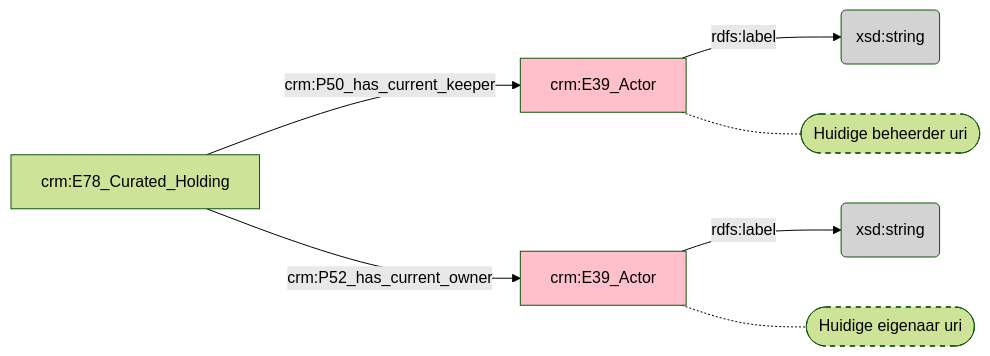
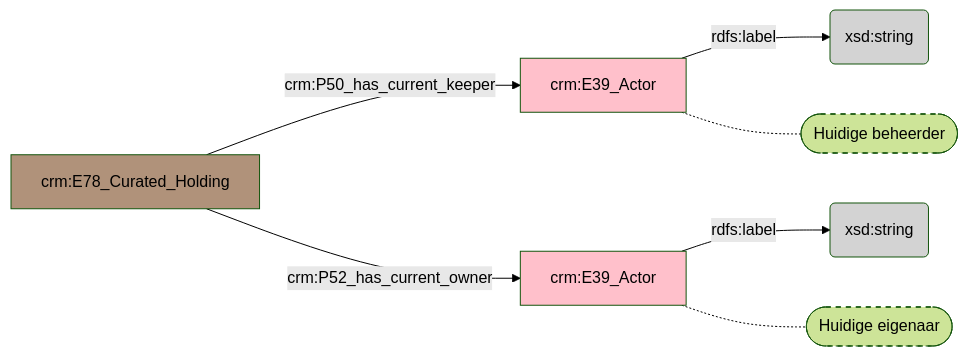
Before and after one commit to digipolisantwerpdocumentation/antwerp-cultureel-erfgoed: the diagram in docs/content/modellen/ArchivalUnit/Context.md, drawn with Mermaid (forest theme). The commit also changed 173 other files, not shown here.

````diff
--- a/docs/content/modellen/ArchivalUnit/Context.md
+++ b/docs/content/modellen/ArchivalUnit/Context.md
@@ -1,15 +1,16 @@
 ```mermaid
 graph LR
 3b2194d8-04fb-11ee-9497-96a6d2455259["crm:E39_Actor"]-->|"rdfs:label"|3b21a662-04fb-11ee-9497-96a6d2455259(xsd:string)
 3b219744-04fb-11ee-9497-96a6d2455259["crm:E39_Actor"]-->|"rdfs:label"|3b21a6e4-04fb-11ee-9497-96a6d2455259(xsd:string)
 3b21a73e-04fb-11ee-9497-96a6d2455259["crm:E78_Curated_Holding"]-->|"crm:P50_has_current_keeper"|3b2194d8-04fb-11ee-9497-96a6d2455259["crm:E39_Actor"]
 3b21a73e-04fb-11ee-9497-96a6d2455259["crm:E78_Curated_Holding"]-->|"crm:P52_has_current_owner"|3b219744-04fb-11ee-9497-96a6d2455259["crm:E39_Actor"]
-3b2194d8-04fb-11ee-9497-96a6d2455259["crm:E39_Actor"]-.-3b2194d8-04fb-11ee-9497-96a6d2455259_s(["Huidige beheerder uri"])
-3b219744-04fb-11ee-9497-96a6d2455259["crm:E39_Actor"]-.-3b219744-04fb-11ee-9497-96a6d2455259_s(["Huidige eigenaar uri"])
+3b2194d8-04fb-11ee-9497-96a6d2455259["crm:E39_Actor"]-.-3b2194d8-04fb-11ee-9497-96a6d2455259_s(["Huidige beheerder"])
+3b219744-04fb-11ee-9497-96a6d2455259["crm:E39_Actor"]-.-3b219744-04fb-11ee-9497-96a6d2455259_s(["Huidige eigenaar"])
 style 3b2194d8-04fb-11ee-9497-96a6d2455259_s stroke-dasharray: 5
 style 3b219744-04fb-11ee-9497-96a6d2455259_s stroke-dasharray: 5
 style 3b2194d8-04fb-11ee-9497-96a6d2455259 fill:#ffc0cb
 style 3b219744-04fb-11ee-9497-96a6d2455259 fill:#ffc0cb
 style 3b21a662-04fb-11ee-9497-96a6d2455259 fill:#D3D3D3
 style 3b21a6e4-04fb-11ee-9497-96a6d2455259 fill:#D3D3D3
+style 3b21a73e-04fb-11ee-9497-96a6d2455259 fill:#B0927A
 ```
````
